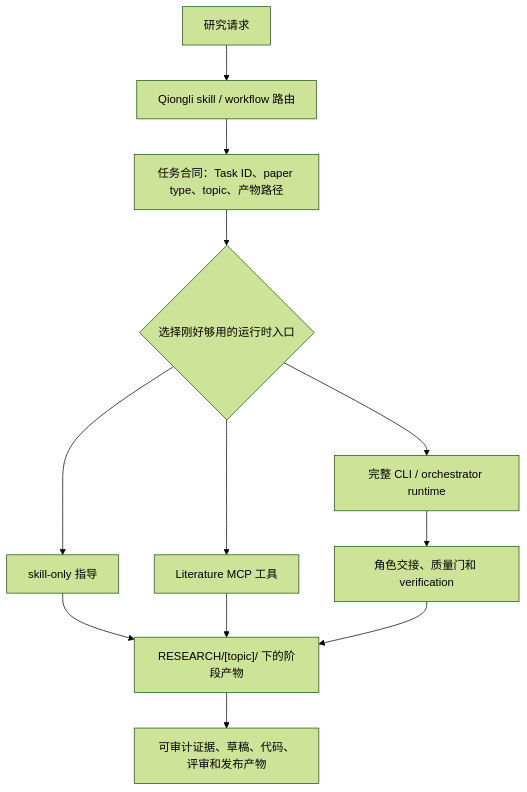
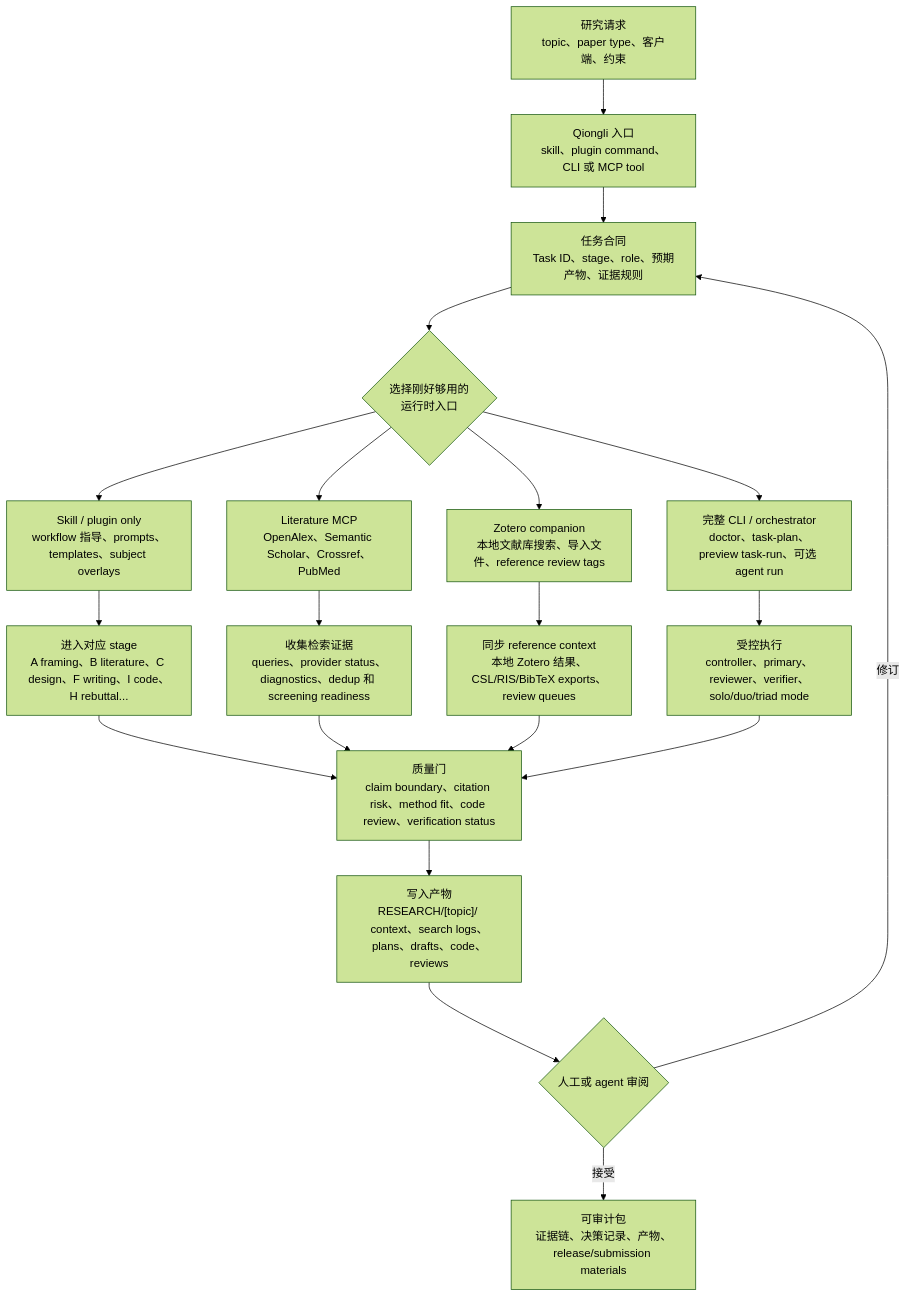
Before and after one commit to jxpeng98/qiongli: the diagram in README_CN.md, drawn with Mermaid (forest theme). The commit also changed 1 other file, not shown here.

Commit message:
docs: improve project documentation entrypoints

````diff
--- a/README_CN.md
+++ b/README_CN.md
@@ -53,14 +53,26 @@
 ```mermaid
 flowchart TD
-    A["研究请求"] --> B["Qiongli skill / workflow 路由"]
-    B --> C["任务合同：Task ID、paper type、topic、产物路径"]
-    C --> D{"选择刚好够用的运行时入口"}
-    D --> E["skill-only 指导"]
-    D --> F["Literature MCP 工具"]
-    D --> G["完整 CLI / orchestrator runtime"]
-    E --> H["RESEARCH/[topic]/ 下的阶段产物"]
-    F --> H
-    G --> I["角色交接、质量门和 verification"]
-    I --> H
-    H --> J["可审计证据、草稿、代码、评审和发布产物"]
+    A["研究请求<br/>topic、paper type、客户端、约束"] --> B["Qiongli 入口<br/>skill、plugin command、CLI 或 MCP tool"]
+    B --> C["任务合同<br/>Task ID、stage、role、预期产物、证据规则"]
+    C --> D{"选择刚好够用的<br/>运行时入口"}
+
+    D --> E["Skill / plugin only<br/>workflow 指导、prompts、templates、subject overlays"]
+    D --> F["Literature MCP<br/>OpenAlex、Semantic Scholar、Crossref、PubMed"]
+    D --> G["Zotero companion<br/>本地文献库搜索、导入文件、reference review tags"]
+    D --> H["完整 CLI / orchestrator<br/>doctor、task-plan、preview task-run、可选 agent run"]
+
+    E --> I["进入对应 stage<br/>A framing、B literature、C design、F writing、I code、H rebuttal..."]
+    F --> J["收集检索证据<br/>queries、provider status、diagnostics、dedup 和 screening readiness"]
+    G --> K["同步 reference context<br/>本地 Zotero 结果、CSL/RIS/BibTeX exports、review queues"]
+    H --> L["受控执行<br/>controller、primary、reviewer、verifier、solo/duo/triad mode"]
+
+    I --> M["质量门<br/>claim boundary、citation risk、method fit、code review、verification status"]
+    J --> M
+    K --> M
+    L --> M
+
+    M --> N["写入产物<br/>RESEARCH/[topic]/ context、search logs、plans、drafts、code、reviews"]
+    N --> O{"人工或 agent 审阅"}
+    O -->|修订| C
+    O -->|接受| P["可审计包<br/>证据链、决策记录、产物、release/submission materials"]
 ```
````
